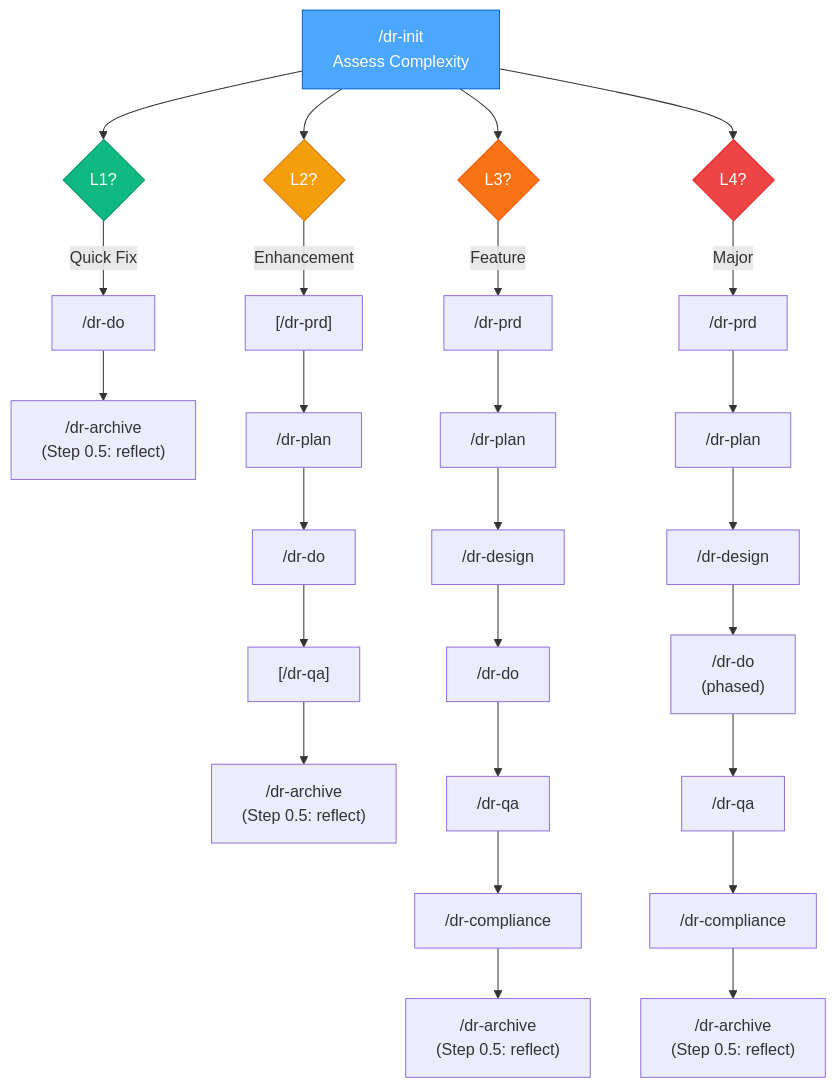
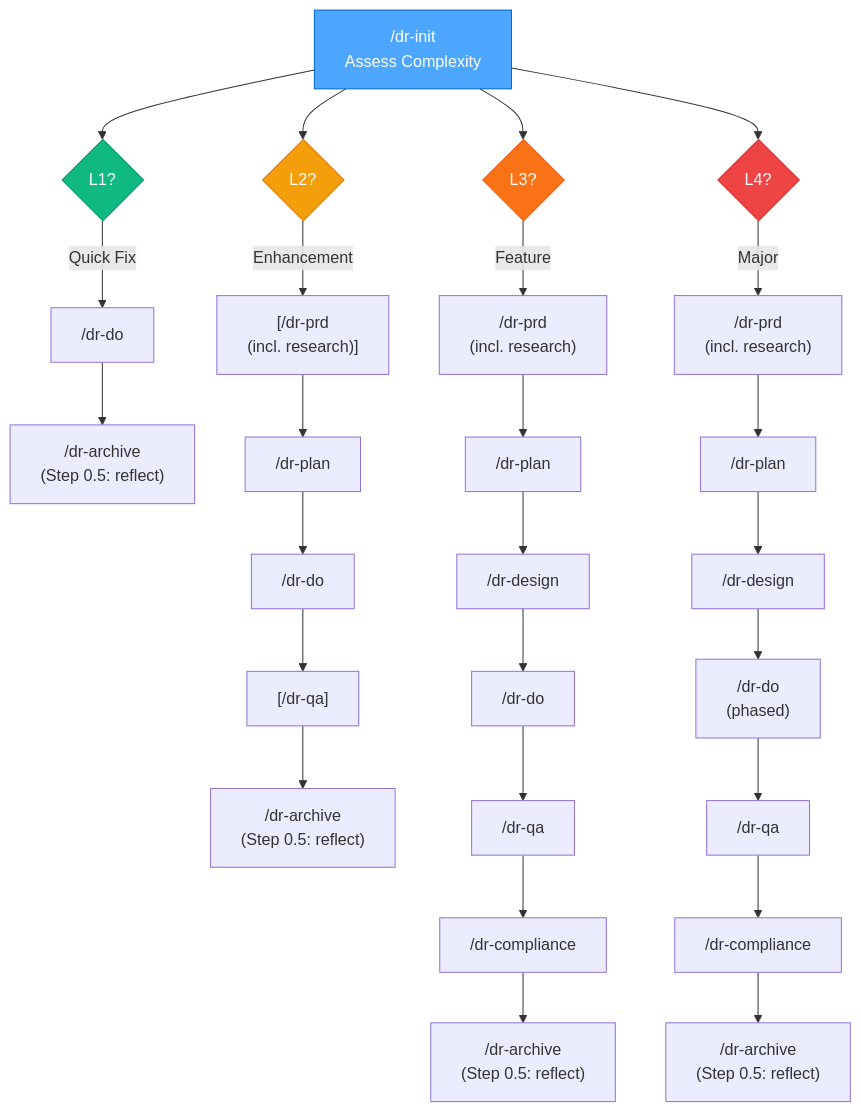
The diagram in skills/visual-maps/pipeline-routing.md (Arcanada-one/datarim), drawn with Mermaid before and after one commit. The commit also changed 29 other files, not shown here.

````diff
--- a/skills/visual-maps/pipeline-routing.md
+++ b/skills/visual-maps/pipeline-routing.md
@@ -3,38 +3,38 @@
 ```mermaid
 graph TD
     Init["/dr-init<br>Assess Complexity"] --> L1{"L1?"}
     Init --> L2{"L2?"}
     Init --> L3{"L3?"}
     Init --> L4{"L4?"}
 
     L1 -->|"Quick Fix"| Do1["/dr-do"]
     Do1 --> Archive1["/dr-archive<br>(Step 0.5: reflect)"]
 
-    L2 -->|"Enhancement"| PRD2["[/dr-prd]"]
+    L2 -->|"Enhancement"| PRD2["[/dr-prd<br>(incl. research)]"]
     PRD2 --> Plan2["/dr-plan"]
     Plan2 --> Do2["/dr-do"]
     Do2 --> QA2["[/dr-qa]"]
     QA2 --> Archive2["/dr-archive<br>(Step 0.5: reflect)"]
 
-    L3 -->|"Feature"| PRD3["/dr-prd"]
+    L3 -->|"Feature"| PRD3["/dr-prd<br>(incl. research)"]
     PRD3 --> Plan3["/dr-plan"]
     Plan3 --> Design3["/dr-design"]
     Design3 --> Do3["/dr-do"]
     Do3 --> QA3["/dr-qa"]
     QA3 --> Compliance3["/dr-compliance"]
     Compliance3 --> Archive3["/dr-archive<br>(Step 0.5: reflect)"]
 
-    L4 -->|"Major"| PRD4["/dr-prd"]
+    L4 -->|"Major"| PRD4["/dr-prd<br>(incl. research)"]
     PRD4 --> Plan4["/dr-plan"]
     Plan4 --> Design4["/dr-design"]
     Design4 --> Do4["/dr-do<br>(phased)"]
     Do4 --> QA4["/dr-qa"]
     QA4 --> Comp4["/dr-compliance"]
     Comp4 --> Archive4["/dr-archive<br>(Step 0.5: reflect)"]
 
     style Init fill:#4da6ff,stroke:#0066cc,color:white
     style L1 fill:#10b981,stroke:#059669,color:white
     style L2 fill:#f59e0b,stroke:#d97706,color:white
     style L3 fill:#f97316,stroke:#ea580c,color:white
     style L4 fill:#ef4444,stroke:#dc2626,color:white
 ```
````
